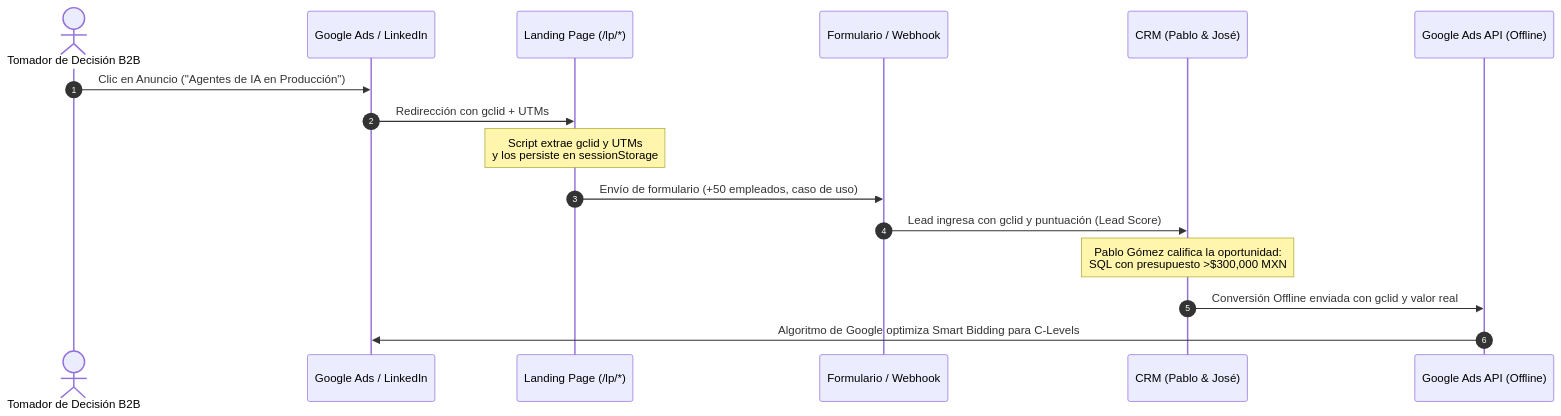
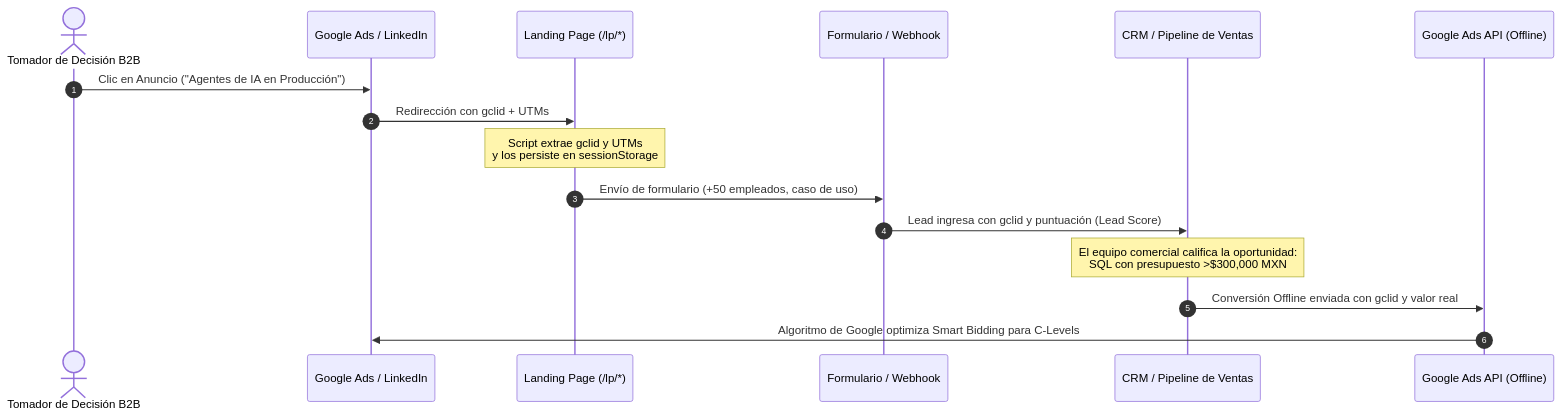
The second of 3 diagrams in 02_Estrategia_B2B/SITEMAP_MAESTRO_Y_ARQUITECTURA_WEB_BLUEPIXEL_2026.md (jahflavio/bluepixel), drawn with Mermaid before and after one commit. The commit also changed other lines of this file, not shown here.

````diff
--- a/02_Estrategia_B2B/SITEMAP_MAESTRO_Y_ARQUITECTURA_WEB_BLUEPIXEL_2026.md
+++ b/02_Estrategia_B2B/SITEMAP_MAESTRO_Y_ARQUITECTURA_WEB_BLUEPIXEL_2026.md
@@ -341,19 +342,19 @@
 ```mermaid
 sequenceDiagram
     autonumber
     actor U as Tomador de Decisión B2B
     participant G as Google Ads / LinkedIn
     participant LP as Landing Page (/lp/*)
     participant F as Formulario / Webhook
-    participant CRM as CRM (Pablo & José)
+    participant CRM as CRM / Pipeline de Ventas
     participant API as Google Ads API (Offline)
 
     U->>G: Clic en Anuncio ("Agentes de IA en Producción")
     G->>LP: Redirección con gclid + UTMs
     Note over LP: Script extrae gclid y UTMs<br/>y los persiste en sessionStorage
     LP->>F: Envío de formulario (+50 empleados, caso de uso)
     F->>CRM: Lead ingresa con gclid y puntuación (Lead Score)
-    Note over CRM: Pablo Gómez califica la oportunidad:<br/>SQL con presupuesto >$300,000 MXN
+    Note over CRM: El equipo comercial califica la oportunidad:<br/>SQL con presupuesto >$300,000 MXN
     CRM->>API: Conversión Offline enviada con gclid y valor real
     API->>G: Algoritmo de Google optimiza Smart Bidding para C-Levels
 ```
````
